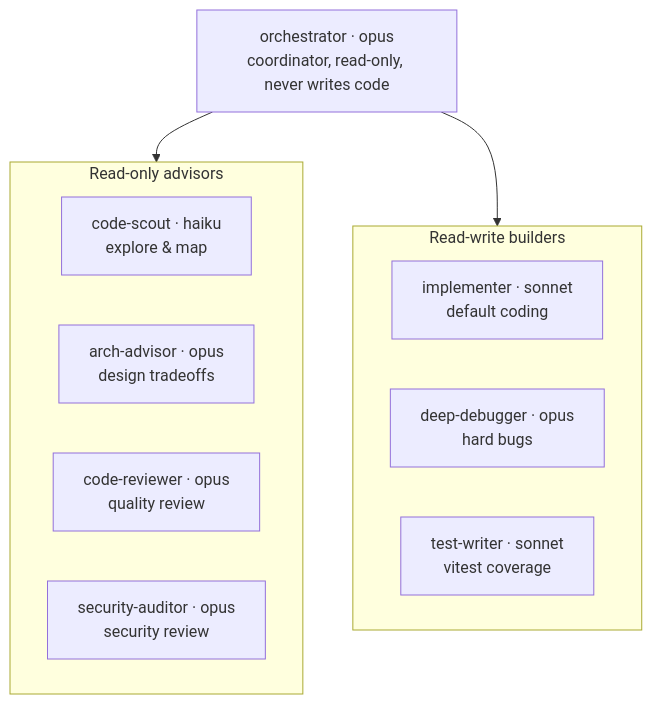
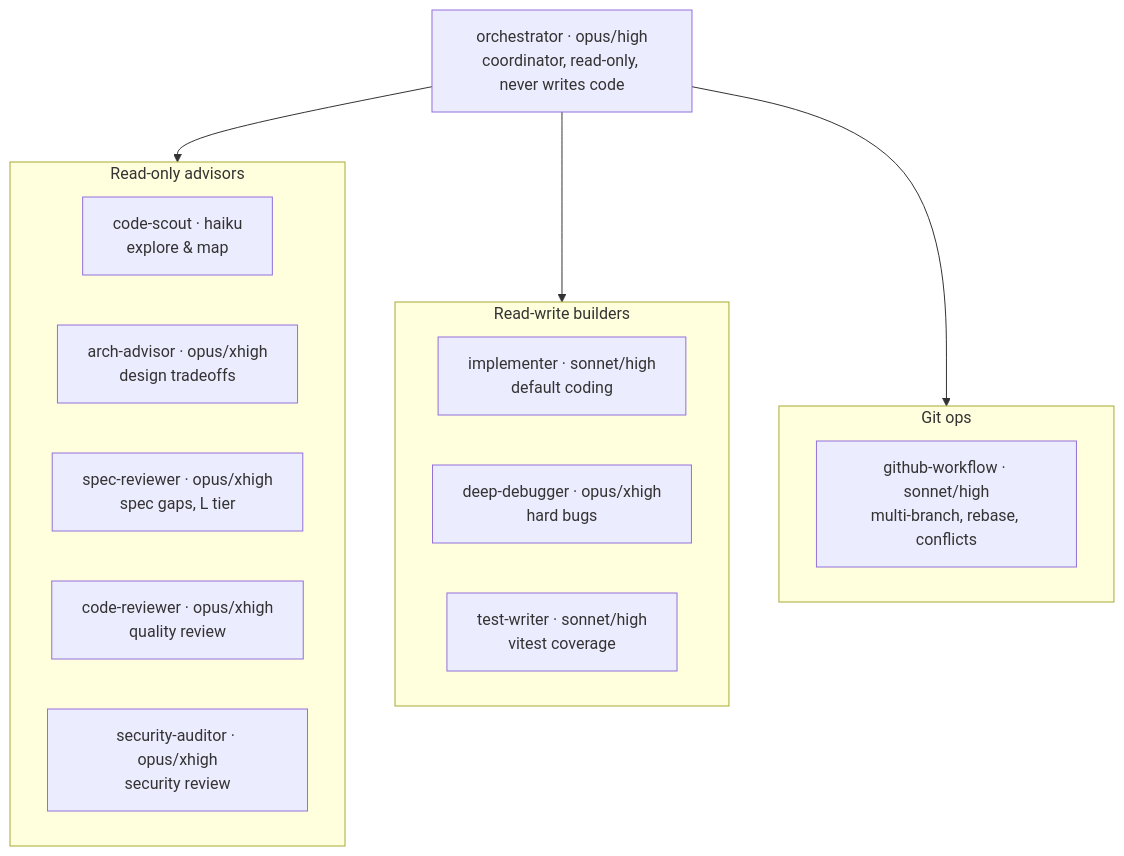
One commit to slenderman2511/AgentAutoKit changed the second of 6 diagrams in README.md. Above: the diagram before and after it, drawn with Mermaid. The commit also changed other lines of this file and 1 other file, not shown here.

First line of the commit message:
docs: document v2 workflow and record pick-tour as the kit's reference

````diff
--- a/README.md
+++ b/README.md
@@ -204,19 +233,24 @@
 ```mermaid
 flowchart TB
-  ORC["orchestrator · opus<br/>coordinator, read-only, never writes code"]
+  ORC["orchestrator · opus/high<br/>coordinator, read-only, never writes code"]
   subgraph RO["Read-only advisors"]
     direction LR
     SC["code-scout · haiku<br/>explore & map"]
-    AA["arch-advisor · opus<br/>design tradeoffs"]
-    CR["code-reviewer · opus<br/>quality review"]
-    SA["security-auditor · opus<br/>security review"]
+    AA["arch-advisor · opus/xhigh<br/>design tradeoffs"]
+    SR["spec-reviewer · opus/xhigh<br/>spec gaps, L tier"]
+    CR["code-reviewer · opus/xhigh<br/>quality review"]
+    SA["security-auditor · opus/xhigh<br/>security review"]
   end
   subgraph RW["Read-write builders"]
     direction LR
-    IM["implementer · sonnet<br/>default coding"]
-    DD["deep-debugger · opus<br/>hard bugs"]
-    TW["test-writer · sonnet<br/>vitest coverage"]
+    IM["implementer · sonnet/high<br/>default coding"]
+    DD["deep-debugger · opus/xhigh<br/>hard bugs"]
+    TW["test-writer · sonnet/high<br/>vitest coverage"]
+  end
+  subgraph GO["Git ops"]
+    GW["github-workflow · sonnet/high<br/>multi-branch, rebase, conflicts"]
   end
   ORC --> RO
   ORC --> RW
+  ORC --> GO
 ```
````
